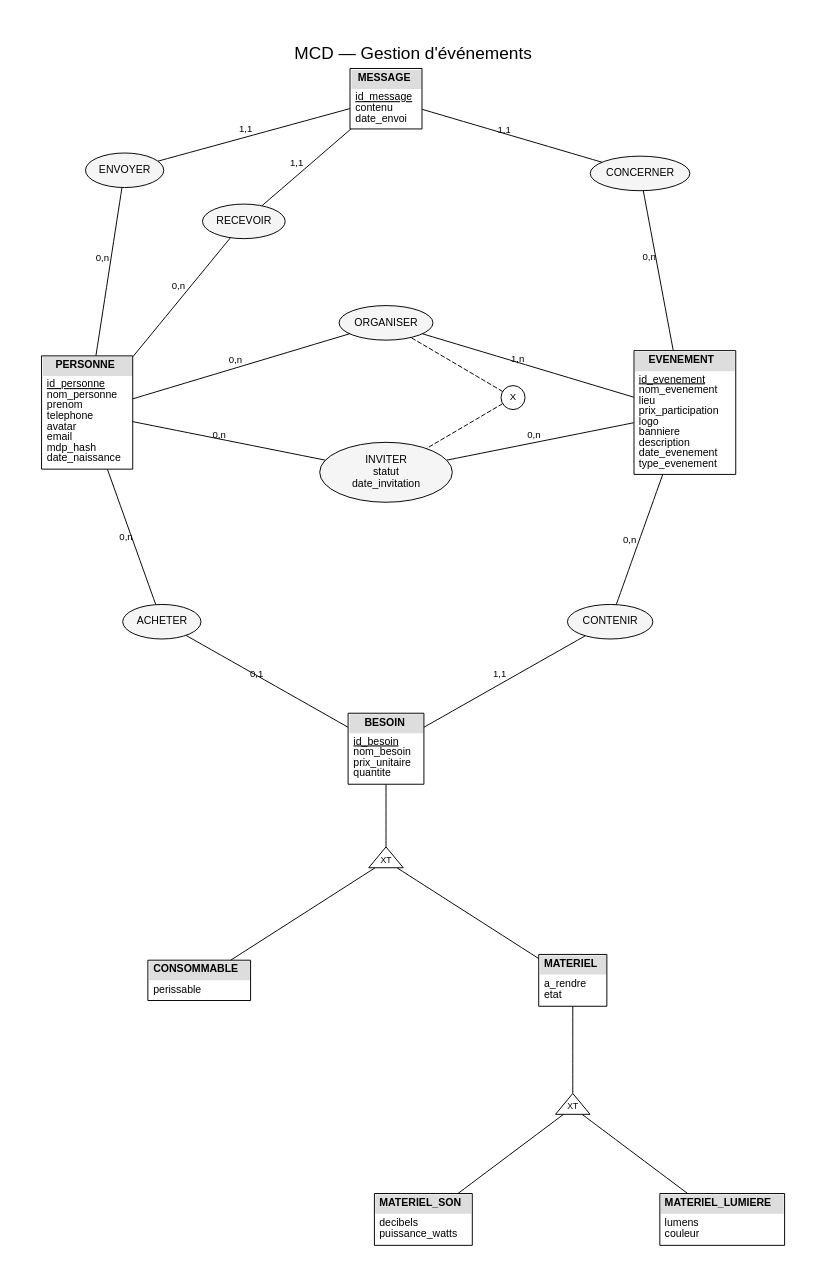
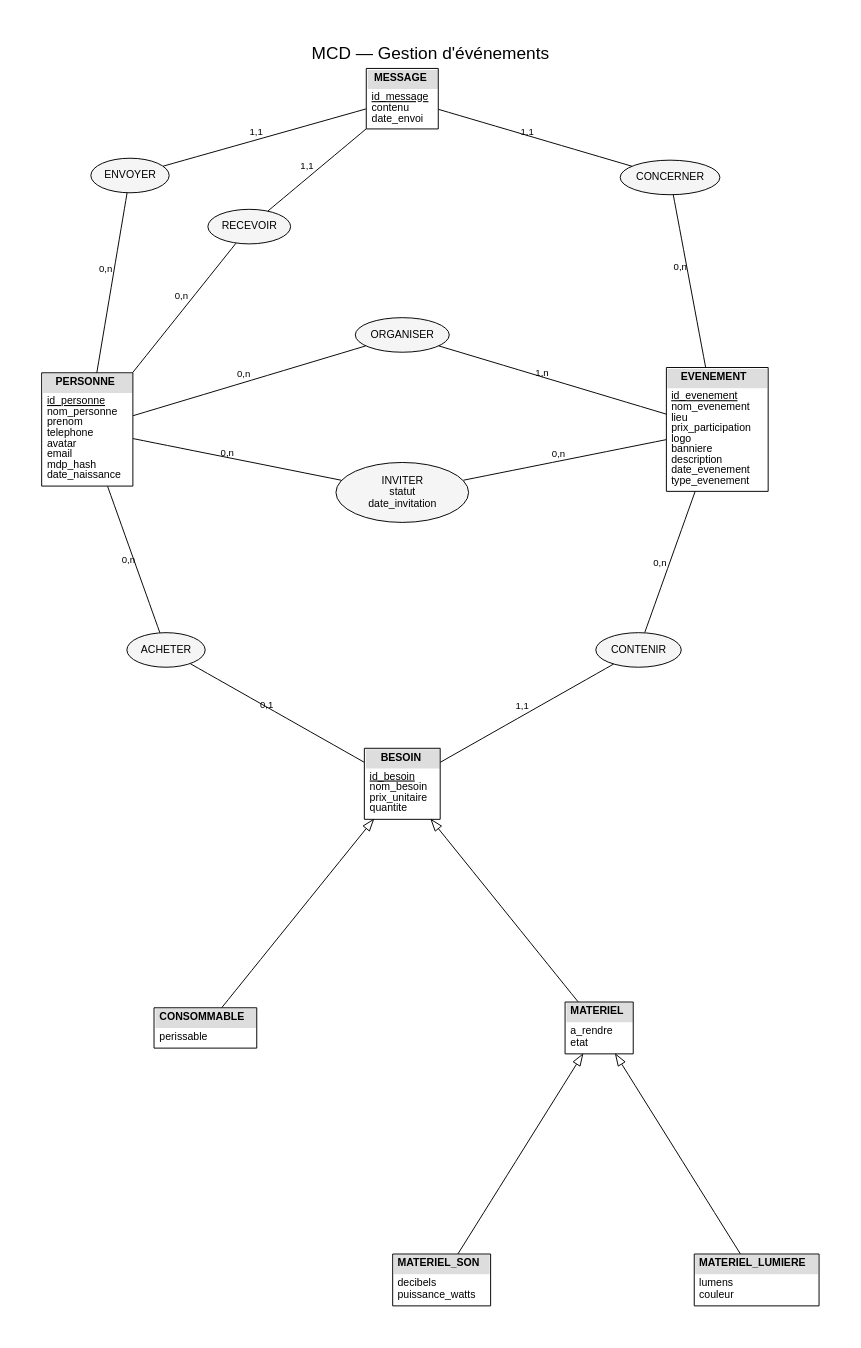
One commit to Tactiis239/gestion-event changed the diagram in bdd/mcd.dot. Above: the diagram before and after it, drawn with Graphviz. The commit also changed 2 other files, not shown here.

```diff
--- a/bdd/mcd.dot
+++ b/bdd/mcd.dot
@@ -1,103 +1,92 @@
 // MCD (Merise) de la gestion d'événements.
 // Régénérer l'image depuis la racine du projet : dot -Tpng -Gdpi=110 bdd/mcd.dot -o bdd/mcd.png
 graph MCD {
     graph [layout=neato, overlap=false, splines=true, sep="+20", fontname="Helvetica", pad=0.5,
            label="MCD — Gestion d'événements", labelloc=t, fontsize=18];
     node  [fontname="Helvetica", fontsize=11];
     edge  [fontname="Helvetica", fontsize=10];
 
     // ---------------------------------------------------------------- entités
     node [shape=plain];
     PERSONNE [pos="0,4!", label=<
       <table border="1" cellborder="0" cellspacing="0" cellpadding="4">
         <tr><td bgcolor="#dddddd"><b>PERSONNE</b></td></tr>
         <tr><td align="left"><u>id_personne</u><br align="left"/>nom_personne<br align="left"/>prenom<br align="left"/>telephone<br align="left"/>avatar<br align="left"/>email<br align="left"/>mdp_hash<br align="left"/>date_naissance<br align="left"/></td></tr>
       </table>>];
     EVENEMENT [pos="8,4!", label=<
       <table border="1" cellborder="0" cellspacing="0" cellpadding="4">
         <tr><td bgcolor="#dddddd"><b>EVENEMENT</b></td></tr>
         <tr><td align="left"><u>id_evenement</u><br align="left"/>nom_evenement<br align="left"/>lieu<br align="left"/>prix_participation<br align="left"/>logo<br align="left"/>banniere<br align="left"/>description<br align="left"/>date_evenement<br align="left"/>type_evenement<br align="left"/></td></tr>
       </table>>];
     BESOIN [pos="4,-0.5!", label=<
       <table border="1" cellborder="0" cellspacing="0" cellpadding="4">
         <tr><td bgcolor="#dddddd"><b>BESOIN</b></td></tr>
         <tr><td align="left"><u>id_besoin</u><br align="left"/>nom_besoin<br align="left"/>prix_unitaire<br align="left"/>quantite<br align="left"/></td></tr>
       </table>>];
 
     // Spécialisation de BESOIN : chaque sous-type n'a que ses propres attributs.
     // La table unique « besoin » (colonne type) est un choix du MLD, pas du MCD.
     CONSOMMABLE [pos="1.5,-3.6!", label=<
       <table border="1" cellborder="0" cellspacing="0" cellpadding="4">
         <tr><td bgcolor="#dddddd"><b>CONSOMMABLE</b></td></tr>
         <tr><td align="left">perissable<br align="left"/></td></tr>
       </table>>];
     MATERIEL [pos="6.5,-3.6!", label=<
       <table border="1" cellborder="0" cellspacing="0" cellpadding="4">
         <tr><td bgcolor="#dddddd"><b>MATERIEL</b></td></tr>
         <tr><td align="left">a_rendre<br align="left"/>etat<br align="left"/></td></tr>
       </table>>];
     MATERIEL_SON [pos="4.5,-6.8!", label=<
       <table border="1" cellborder="0" cellspacing="0" cellpadding="4">
         <tr><td bgcolor="#dddddd"><b>MATERIEL_SON</b></td></tr>
         <tr><td align="left">decibels<br align="left"/>puissance_watts<br align="left"/></td></tr>
       </table>>];
     MATERIEL_LUMIERE [pos="8.5,-6.8!", label=<
       <table border="1" cellborder="0" cellspacing="0" cellpadding="4">
         <tr><td bgcolor="#dddddd"><b>MATERIEL_LUMIERE</b></td></tr>
         <tr><td align="left">lumens<br align="left"/>couleur<br align="left"/></td></tr>
       </table>>];
 
-    // Contrainte de partition (XT) : un besoin est exactement d'un sous-type
-    SPEC_BESOIN   [pos="4,-2!",     label="XT", shape=triangle, width=0.5, height=0.4, fontsize=9, fixedsize=true];
-    SPEC_MATERIEL [pos="6.5,-5.3!", label="XT", shape=triangle, width=0.5, height=0.4, fontsize=9, fixedsize=true];
     MESSAGE [pos="4,8.2!", label=<
       <table border="1" cellborder="0" cellspacing="0" cellpadding="4">
         <tr><td bgcolor="#dddddd"><b>MESSAGE</b></td></tr>
         <tr><td align="left"><u>id_message</u><br align="left"/>contenu<br align="left"/>date_envoi<br align="left"/></td></tr>
       </table>>];
 
     // ---------------------------------------------------------------- associations
     node [shape=ellipse, style=filled, fillcolor="#f5f5f5"];
     ORGANISER [pos="4,5.2!",  label="ORGANISER"];
     INVITER   [pos="4,3.2!",  label="INVITER\nstatut\ndate_invitation"];
     ACHETER   [pos="1,1.2!",  label="ACHETER"];
     CONTENIR  [pos="7,1.2!",  label="CONTENIR"];
     ENVOYER   [pos="0.6,7.2!", label="ENVOYER"];
     RECEVOIR  [pos="2,6.6!",  label="RECEVOIR"];
     CONCERNER [pos="7.4,7.2!", label="CONCERNER"];
-
-    // Contrainte d'exclusion : pour un même événement, une personne est
-    // organisatrice OU invitée, jamais les deux
-    EXCLUSION [pos="5.7,4.2!", label="X", shape=circle, style=solid, width=0.35, fixedsize=true, fontsize=10];
 
     // ---------------------------------------------------------------- cardinalités
     PERSONNE  -- ORGANISER [label="0,n"];
     ORGANISER -- EVENEMENT [label="1,n"];
 
     PERSONNE  -- INVITER   [label="0,n"];
     INVITER   -- EVENEMENT [label="0,n"];
 
     PERSONNE  -- ACHETER   [label="0,n"];
     ACHETER   -- BESOIN    [label="0,1"];
 
     EVENEMENT -- CONTENIR  [label="0,n"];
     CONTENIR  -- BESOIN    [label="1,1"];
 
     PERSONNE  -- ENVOYER   [label="0,n"];
     ENVOYER   -- MESSAGE   [label="1,1"];
     PERSONNE  -- RECEVOIR  [label="0,n"];
     RECEVOIR  -- MESSAGE   [label="1,1"];
     EVENEMENT -- CONCERNER [label="0,n"];
     CONCERNER -- MESSAGE   [label="1,1"];
 
-    EXCLUSION -- ORGANISER [style=dashed];
-    EXCLUSION -- INVITER   [style=dashed];
-
-    // ---------------------------------------------------------------- spécialisations
-    BESOIN        -- SPEC_BESOIN;
-    SPEC_BESOIN   -- CONSOMMABLE;
-    SPEC_BESOIN   -- MATERIEL;
-    MATERIEL      -- SPEC_MATERIEL;
-    SPEC_MATERIEL -- MATERIEL_SON;
-    SPEC_MATERIEL -- MATERIEL_LUMIERE;
+    // ---------------------------------------------------------------- héritage (flèche vers le parent)
+    edge [dir=forward, arrowhead=empty, arrowsize=1.2];
+    CONSOMMABLE      -- BESOIN;
+    MATERIEL         -- BESOIN;
+    MATERIEL_SON     -- MATERIEL;
+    MATERIEL_LUMIERE -- MATERIEL;
 }
```
